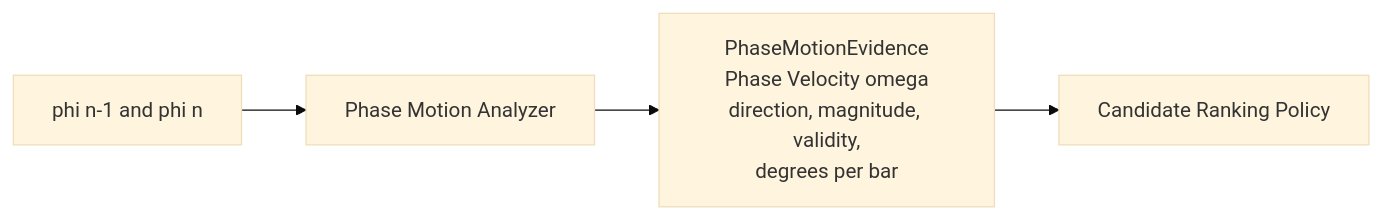
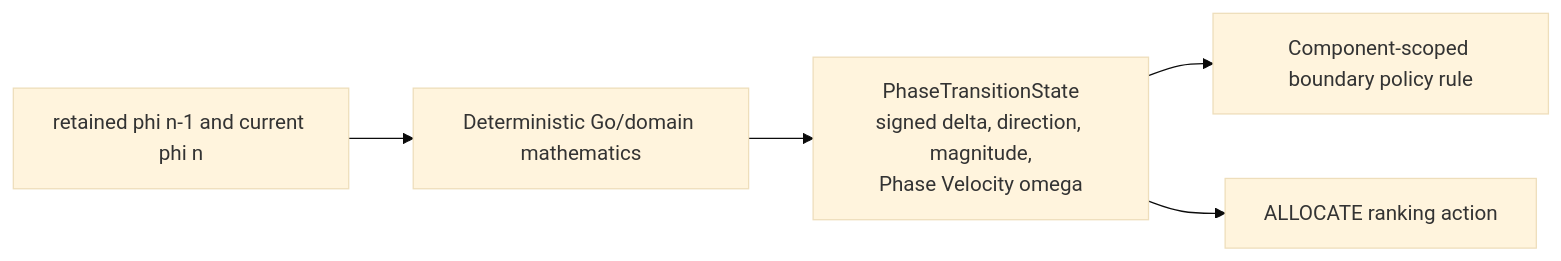
One commit to srao977/tramuthus changed the sixth of 10 diagrams in DSE_JEH/docs/DSE_JEH_TRANS_SAT_1_SYSTEM_DESIGN_V0_1_091226.md. Above: the diagram before and after it, drawn with Mermaid (base theme). The commit also changed other lines of this file and 31 other files, not shown here.

````diff
--- a/DSE_JEH/docs/DSE_JEH_TRANS_SAT_1_SYSTEM_DESIGN_V0_1_091226.md
+++ b/DSE_JEH/docs/DSE_JEH_TRANS_SAT_1_SYSTEM_DESIGN_V0_1_091226.md
@@ -349,6 +383,7 @@
 ```mermaid
 flowchart LR
-  P[phi n-1 and phi n] --> M[Phase Motion Analyzer]
-  M --> E[PhaseMotionEvidence<br/>Phase Velocity omega<br/>direction, magnitude, validity,<br/>degrees per bar]
-  E --> R[Candidate Ranking Policy]
+  P[retained phi n-1 and current phi n] --> M[Deterministic Go/domain mathematics]
+  M --> S[PhaseTransitionState<br/>signed delta, direction, magnitude,<br/>Phase Velocity omega]
+  S --> R[Component-scoped boundary policy rule]
+  S --> A[ALLOCATE ranking action]
 ```
````
